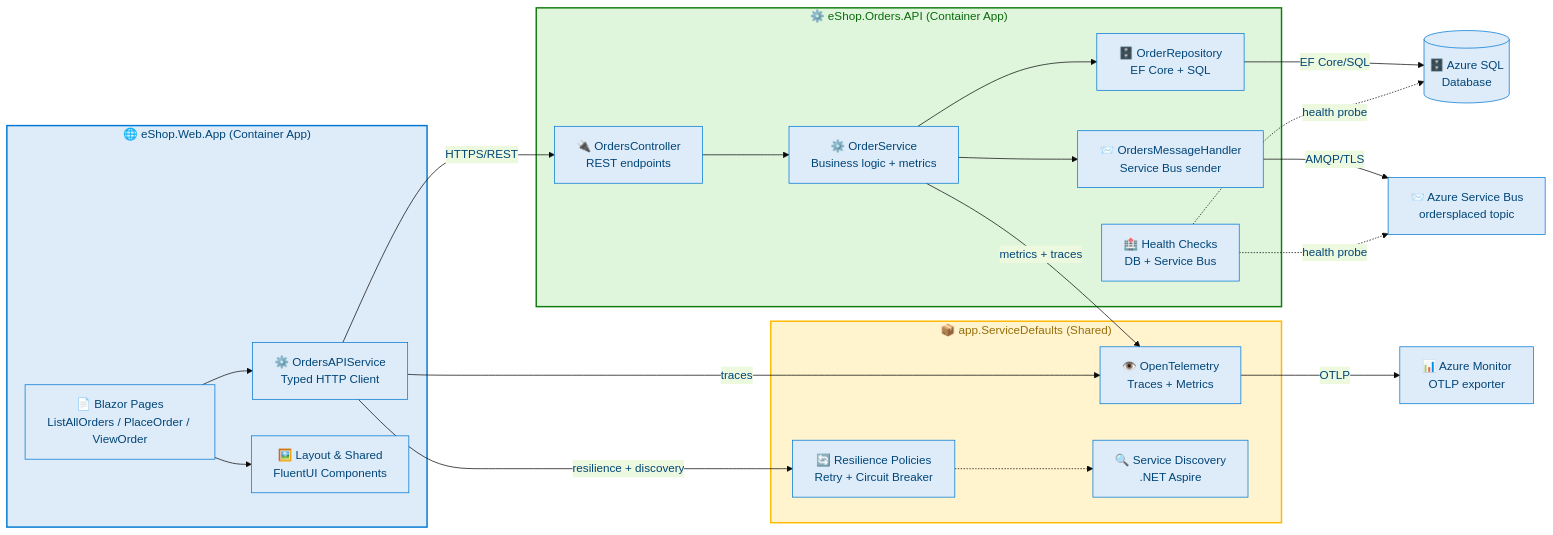
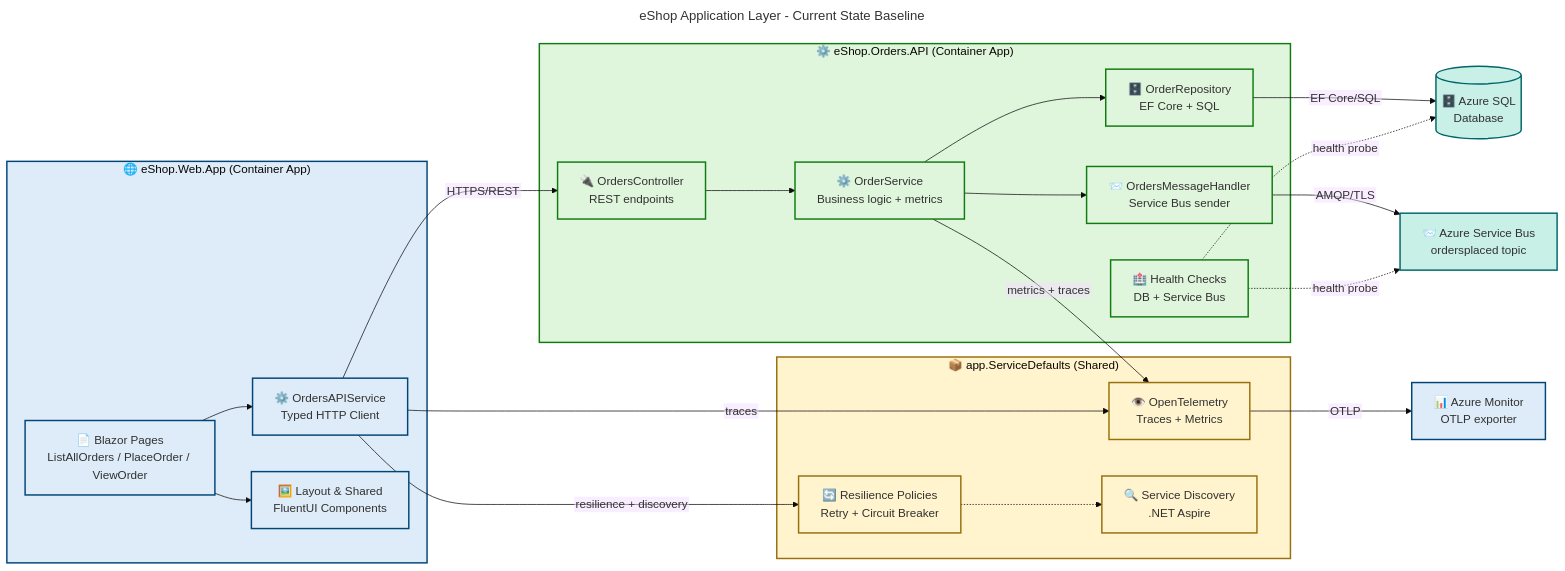
The third of 9 diagrams in docs/architecture/Application-Layer-Architecture.md (Evilazaro/Azure-LogicApps-Monitoring), drawn with Mermaid before and after one commit. The commit also changed other lines of this file, not shown here.

Commit message:
docs: enhance clarity and accessibility in Application Layer architecture diagrams

````diff
--- a/docs/architecture/Application-Layer-Architecture.md
+++ b/docs/architecture/Application-Layer-Architecture.md
@@ -465,57 +485,74 @@
 ```mermaid
 ---
+title: "eShop Application Layer - Current State Baseline"
 config:
   theme: base
   themeVariables:
-    primaryColor: '#DEECF9'
-    primaryBorderColor: '#0078D4'
-    primaryTextColor: '#004578'
+    fontSize: '16px'
+  flowchart:
+    htmlLabels: false
 ---
 flowchart LR
     accTitle: eShop Application Layer Current State Baseline Architecture
     accDescr: Shows the current deployment topology with two container apps, shared service defaults module, and their connections to Azure SQL, Service Bus, and Azure Monitor
+
+    %% ═══════════════════════════════════════════════════════════════════════════
+    %% AZURE / FLUENT ARCHITECTURE PATTERN v1.1
+    %% (Semantic + Structural + Font + Accessibility Governance)
+    %% ═══════════════════════════════════════════════════════════════════════════
 
     subgraph webapp["🌐 eShop.Web.App (Container App)"]
         wPages["📄 Blazor Pages\nListAllOrders / PlaceOrder / ViewOrder"]
         wService["⚙️ OrdersAPIService\nTyped HTTP Client"]
         wLayout["🖼️ Layout & Shared\nFluentUI Components"]
     end
 
     subgraph ordersapi["⚙️ eShop.Orders.API (Container App)"]
         ctrl["🔌 OrdersController\nREST endpoints"]
         svc["⚙️ OrderService\nBusiness logic + metrics"]
         repo["🗄️ OrderRepository\nEF Core + SQL"]
         handler["📨 OrdersMessageHandler\nService Bus sender"]
         hc["🏥 Health Checks\nDB + Service Bus"]
     end
 
     subgraph defaults["📦 app.ServiceDefaults (Shared)"]
         otel["👁️ OpenTelemetry\nTraces + Metrics"]
         resilience["🔄 Resilience Policies\nRetry + Circuit Breaker"]
         discovery["🔍 Service Discovery\n.NET Aspire"]
     end
 
     azSql[("🗄️ Azure SQL\nDatabase")]
     azSB["📨 Azure Service Bus\nordersplaced topic"]
     azMon["📊 Azure Monitor\nOTLP exporter"]
 
     wPages --> wLayout
     wPages --> wService
     wService -->|"HTTPS/REST"| ctrl
     ctrl --> svc
     svc --> repo
     svc --> handler
     repo -->|"EF Core/SQL"| azSql
     handler -->|"AMQP/TLS"| azSB
     hc -.->|"health probe"| azSql
     hc -.->|"health probe"| azSB
     wService -->|"resilience + discovery"| resilience
     wService -->|"traces"| otel
     svc -->|"metrics + traces"| otel
     resilience -.-> discovery
     otel -->|"OTLP"| azMon
 
-    style webapp fill:#DEECF9,stroke:#0078D4,stroke-width:2px,color:#004578
-    style ordersapi fill:#DFF6DD,stroke:#107C10,stroke-width:2px,color:#0B6A0B
-    style defaults fill:#FFF4CE,stroke:#FFB900,stroke-width:2px,color:#986F0B
+    classDef azureBlue fill:#DEECF9,stroke:#004578,stroke-width:2px,color:#323130
+    classDef successGreen fill:#DFF6DD,stroke:#107C10,stroke-width:2px,color:#323130
+    classDef warningYellow fill:#FFF4CE,stroke:#986F0B,stroke-width:2px,color:#323130
+    classDef presenceTeal fill:#C8F0E7,stroke:#00666B,stroke-width:2px,color:#323130
+
+    class wPages,wService,wLayout azureBlue
+    class ctrl,svc,repo,handler,hc successGreen
+    class otel,resilience,discovery warningYellow
+    class azSql,azSB presenceTeal
+    class azMon azureBlue
+
+    style webapp fill:#DEECF9,stroke:#004578,stroke-width:2px,color:#323130
+    style ordersapi fill:#DFF6DD,stroke:#107C10,stroke-width:2px,color:#323130
+    style defaults fill:#FFF4CE,stroke:#986F0B,stroke-width:2px,color:#323130
 ```
````
